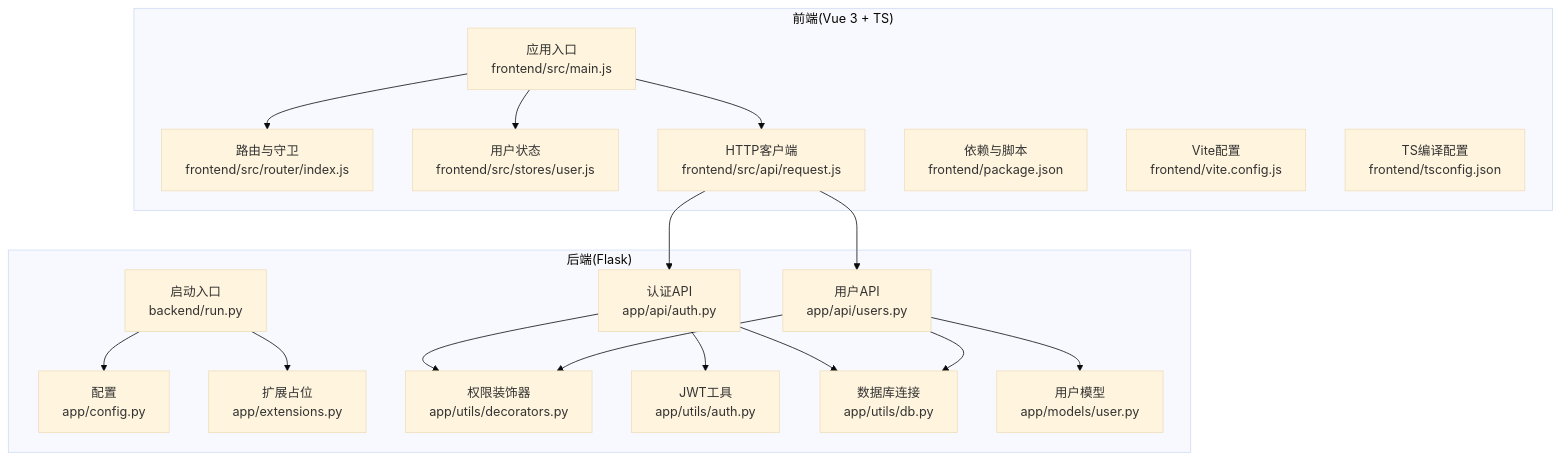
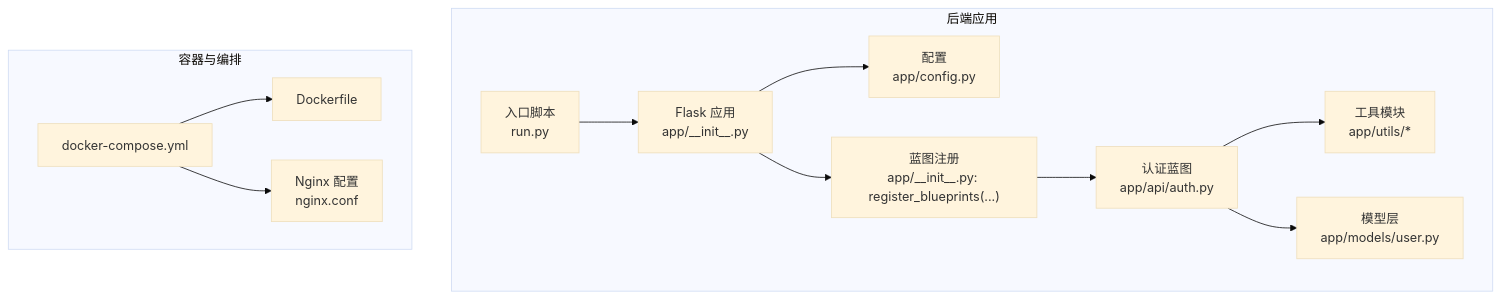
The first of 8 diagrams in .qoder/repowiki/zh/content/开发指南/开发指南.md (ismine3/OPS), drawn with Mermaid (base theme) before and after one commit. The commit also changed other lines of this file and 157 other files, not shown here.

````diff
--- a/.qoder/repowiki/zh/content/开发指南/开发指南.md
+++ b/.qoder/repowiki/zh/content/开发指南/开发指南.md
@@ -57,36 +39,25 @@
 ```mermaid
 graph TB
-subgraph "后端(Flask)"
-CFG["配置<br/>app/config.py"]
-EXT["扩展占位<br/>app/extensions.py"]
-API_AUTH["认证API<br/>app/api/auth.py"]
-API_USERS["用户API<br/>app/api/users.py"]
-UTIL_DEC["权限装饰器<br/>app/utils/decorators.py"]
-UTIL_AUTH["JWT工具<br/>app/utils/auth.py"]
-UTIL_DB["数据库连接<br/>app/utils/db.py"]
-MODEL_USER["用户模型<br/>app/models/user.py"]
-RUN["启动入口<br/>backend/run.py"]
+subgraph "后端应用"
+A["Flask 应用<br/>app/__init__.py"]
+B["配置<br/>app/config.py"]
+C["入口脚本<br/>run.py"]
+D["蓝图注册<br/>app/__init__.py: register_blueprints(...)"]
+E["认证蓝图<br/>app/api/auth.py"]
+F["工具模块<br/>app/utils/*"]
+G["模型层<br/>app/models/user.py"]
 end
-subgraph "前端(Vue 3 + TS)"
-MAIN["应用入口<br/>frontend/src/main.js"]
-ROUTER["路由与守卫<br/>frontend/src/router/index.js"]
-STORE_USER["用户状态<br/>frontend/src/stores/user.js"]
-HTTP["HTTP客户端<br/>frontend/src/api/request.js"]
-PKG["依赖与脚本<br/>frontend/package.json"]
-VITE["Vite配置<br/>frontend/vite.config.js"]
-TSC["TS编译配置<br/>frontend/tsconfig.json"]
+subgraph "容器与编排"
+H["Dockerfile"]
+I["docker-compose.yml"]
+J["Nginx 配置<br/>nginx.conf"]
 end
-MAIN --> ROUTER
-MAIN --> STORE_USER
-MAIN --> HTTP
-HTTP --> API_AUTH
-HTTP --> API_USERS
-API_AUTH --> UTIL_AUTH
-API_USERS --> MODEL_USER
-API_AUTH --> UTIL_DEC
-API_USERS --> UTIL_DEC
-API_AUTH --> UTIL_DB
-API_USERS --> UTIL_DB
-RUN --> CFG
-RUN --> EXT
+A --> B
+A --> D
+D --> E
+E --> F
+E --> G
+C --> A
+I --> H
+I --> J
 ```
````
